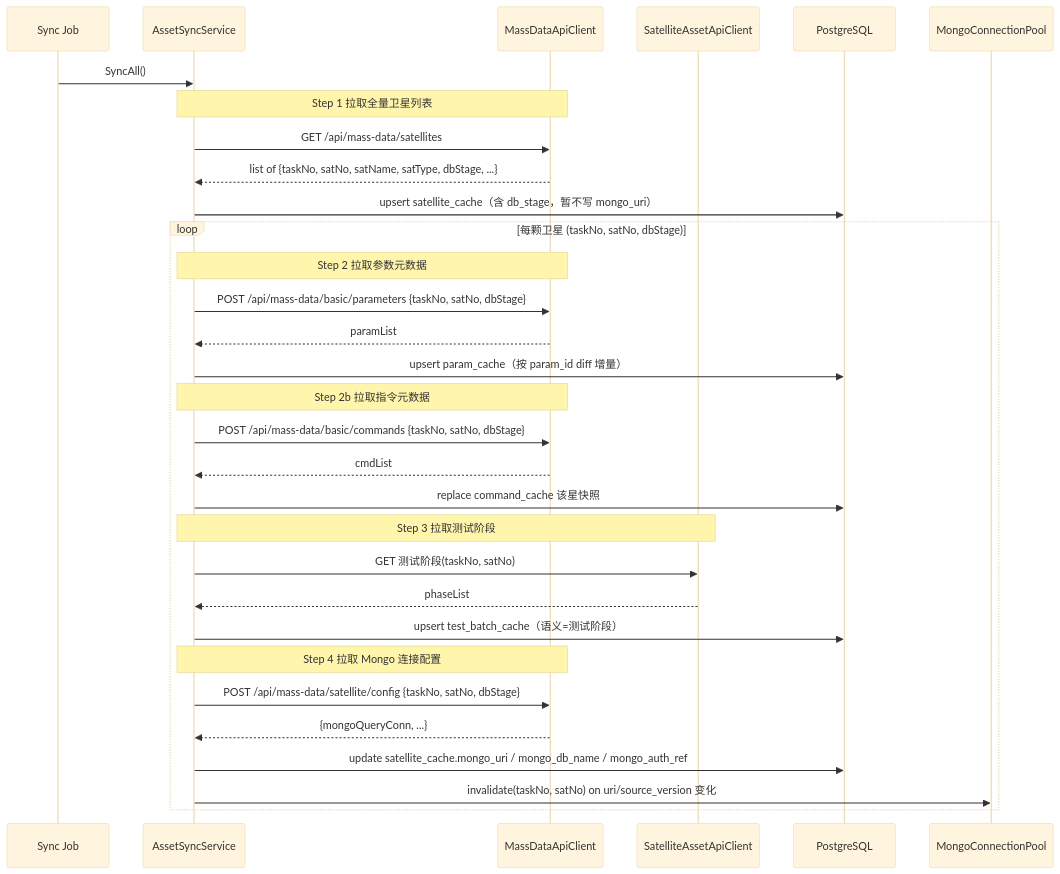
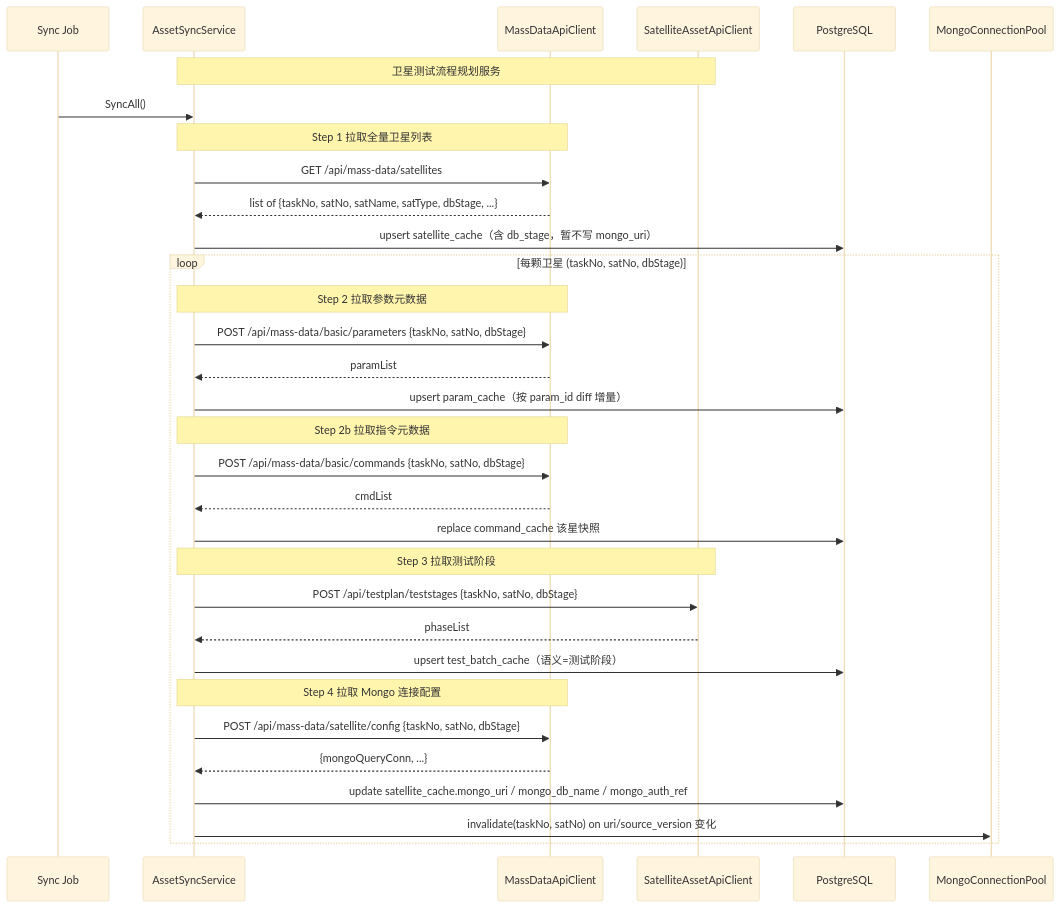
One commit to supertsingbo-art/SatelliteDataAnalytics changed the third of 16 diagrams in design/详细设计文档_卫星测试数据预处理与数据分析平台_V2.0.md. Above: the diagram before and after it, drawn with Mermaid (base theme). The commit also changed other lines of this file and 17 other files, not shown here.

````diff
--- a/design/详细设计文档_卫星测试数据预处理与数据分析平台_V2.0.md
+++ b/design/详细设计文档_卫星测试数据预处理与数据分析平台_V2.0.md
@@ -1037,39 +1037,40 @@
 ```mermaid
 sequenceDiagram
     participant Job as Sync Job
     participant Sync as AssetSyncService
     participant Mass as MassDataApiClient
     participant Sat as SatelliteAssetApiClient
+    Note over Sync,Sat: 卫星测试流程规划服务
     participant PG as PostgreSQL
     participant Pool as MongoConnectionPool
 
     Job->>Sync: SyncAll()
 
     Note over Sync,Mass: Step 1 拉取全量卫星列表
     Sync->>Mass: GET /api/mass-data/satellites
     Mass-->>Sync: list of {taskNo, satNo, satName, satType, dbStage, ...}
     Sync->>PG: upsert satellite_cache（含 db_stage，暂不写 mongo_uri）
 
     loop 每颗卫星 (taskNo, satNo, dbStage)
         Note over Sync,Mass: Step 2 拉取参数元数据
         Sync->>Mass: POST /api/mass-data/basic/parameters {taskNo, satNo, dbStage}
         Mass-->>Sync: paramList
         Sync->>PG: upsert param_cache（按 param_id diff 增量）
 
         Note over Sync,Mass: Step 2b 拉取指令元数据
         Sync->>Mass: POST /api/mass-data/basic/commands {taskNo, satNo, dbStage}
         Mass-->>Sync: cmdList
         Sync->>PG: replace command_cache 该星快照
 
         Note over Sync,Sat: Step 3 拉取测试阶段
-        Sync->>Sat: GET 测试阶段(taskNo, satNo)
+        Sync->>Sat: POST /api/testplan/teststages {taskNo, satNo, dbStage}
         Sat-->>Sync: phaseList
         Sync->>PG: upsert test_batch_cache（语义=测试阶段）
 
         Note over Sync,Mass: Step 4 拉取 Mongo 连接配置
         Sync->>Mass: POST /api/mass-data/satellite/config {taskNo, satNo, dbStage}
         Mass-->>Sync: {mongoQueryConn, ...}
         Sync->>PG: update satellite_cache.mongo_uri / mongo_db_name / mongo_auth_ref
         Sync->>Pool: invalidate(taskNo, satNo) on uri/source_version 变化
     end
 ```
````
